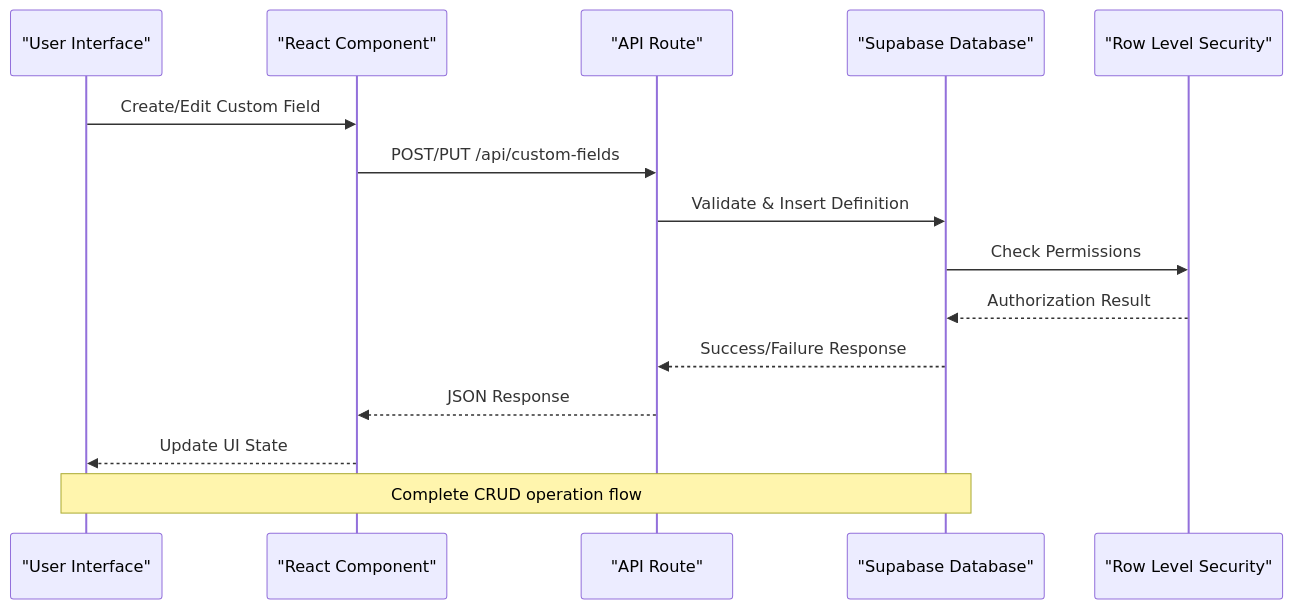
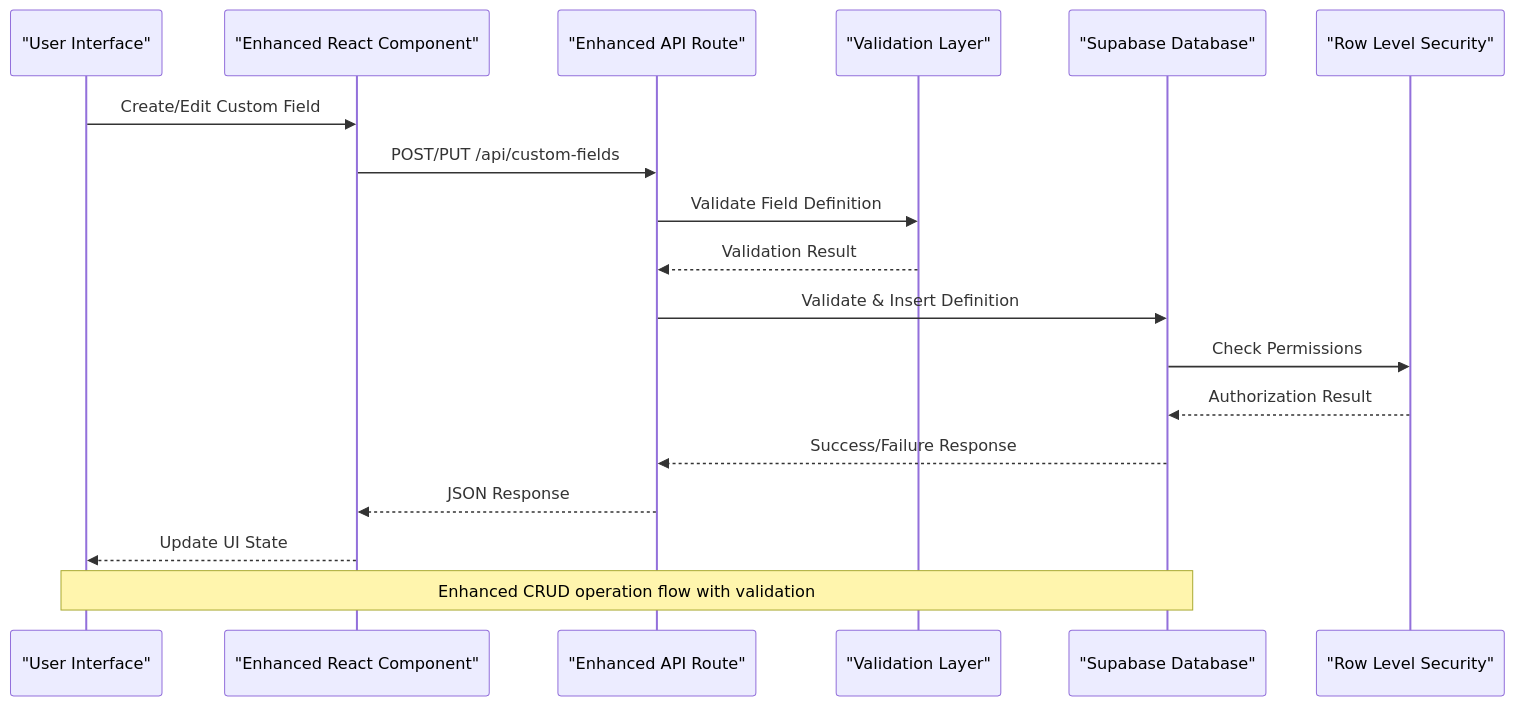
One commit to EdwinCycling/LiquidHR changed the second of 6 diagrams in .qoder/repowiki/en/content/Advanced Features/Custom Fields System/Custom Fields System.md. Above: the diagram before and after it, drawn with Mermaid. The commit also changed other lines of this file and 26 other files, not shown here.

````diff
--- a/.qoder/repowiki/en/content/Advanced Features/Custom Fields System/Custom Fields System.md
+++ b/.qoder/repowiki/en/content/Advanced Features/Custom Fields System/Custom Fields System.md
@@ -104,17 +124,20 @@
 ```mermaid
 sequenceDiagram
 participant User as "User Interface"
-participant Component as "React Component"
-participant API as "API Route"
+participant Component as "Enhanced React Component"
+participant API as "Enhanced API Route"
+participant Validator as "Validation Layer"
 participant DB as "Supabase Database"
 participant RLS as "Row Level Security"
 User->>Component : Create/Edit Custom Field
 Component->>API : POST/PUT /api/custom-fields
+API->>Validator : Validate Field Definition
+Validator-->>API : Validation Result
 API->>DB : Validate & Insert Definition
 DB->>RLS : Check Permissions
 RLS-->>DB : Authorization Result
 DB-->>API : Success/Failure Response
 API-->>Component : JSON Response
 Component-->>User : Update UI State
-Note over User,DB : Complete CRUD operation flow
+Note over User,DB : Enhanced CRUD operation flow with validation
 ```
````
